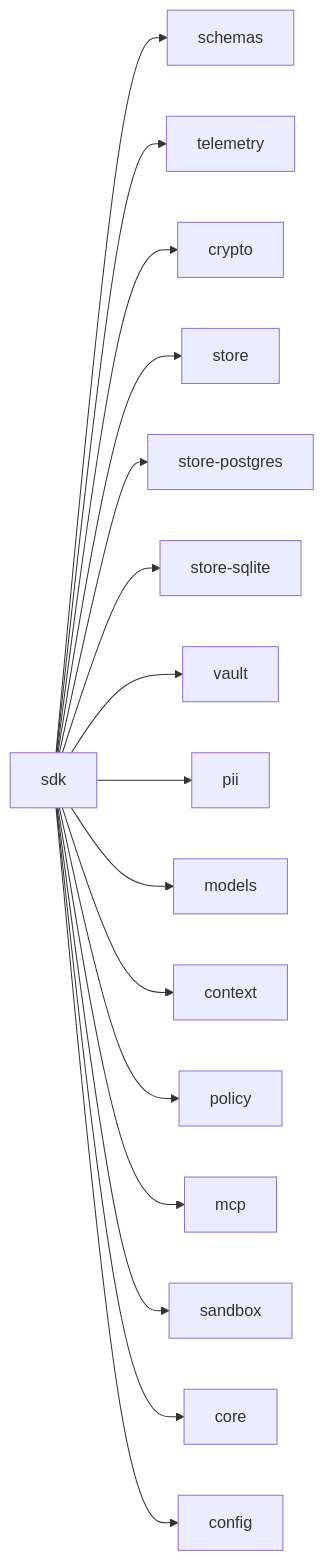
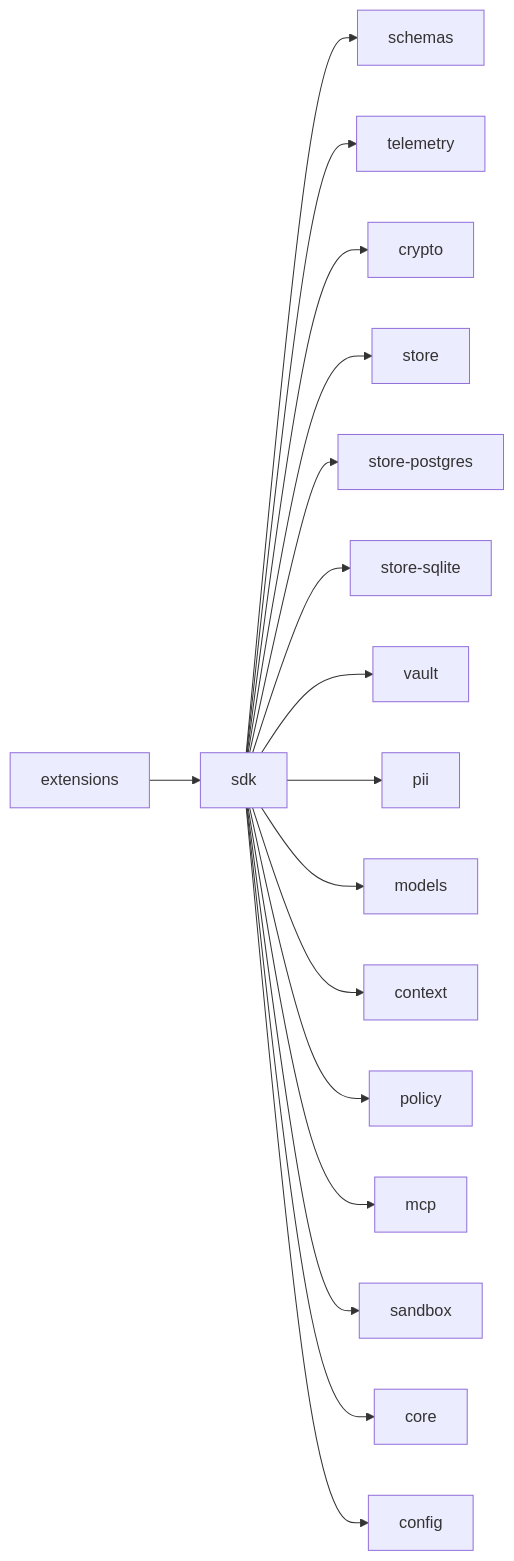
Before and after one commit to Rovinos-AI/rovinos-ai-harness: the first of 3 diagrams in packages/sdk/README.md, drawn with Mermaid. The commit also changed 26 other files, not shown here.

````diff
--- a/packages/sdk/README.md
+++ b/packages/sdk/README.md
@@ -6,34 +6,36 @@
 ```mermaid
 flowchart LR
   current["sdk"]
   may_schemas["schemas"]
   current --> may_schemas
   may_telemetry["telemetry"]
   current --> may_telemetry
   may_crypto["crypto"]
   current --> may_crypto
   may_store["store"]
   current --> may_store
   may_store_postgres["store-postgres"]
   current --> may_store_postgres
   may_store_sqlite["store-sqlite"]
   current --> may_store_sqlite
   may_vault["vault"]
   current --> may_vault
   may_pii["pii"]
   current --> may_pii
   may_models["models"]
   current --> may_models
   may_context["context"]
   current --> may_context
   may_policy["policy"]
   current --> may_policy
   may_mcp["mcp"]
   current --> may_mcp
   may_sandbox["sandbox"]
   current --> may_sandbox
   may_core["core"]
   current --> may_core
   may_config["config"]
   current --> may_config
+  used_by_extensions["extensions"]
+  used_by_extensions --> current
 ```
````
